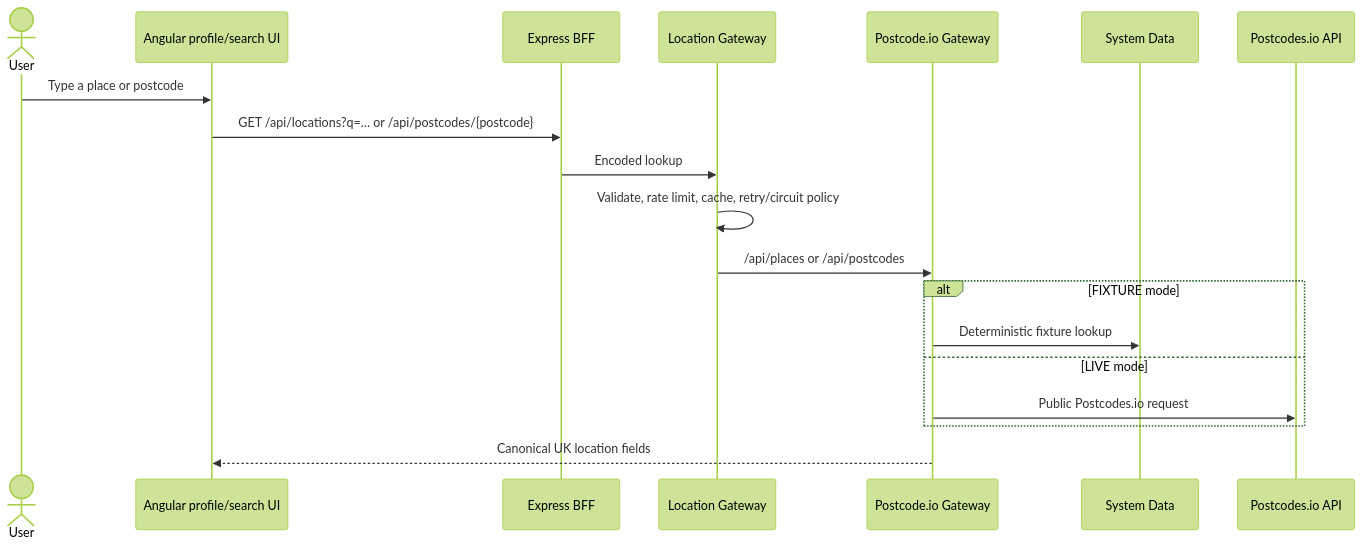
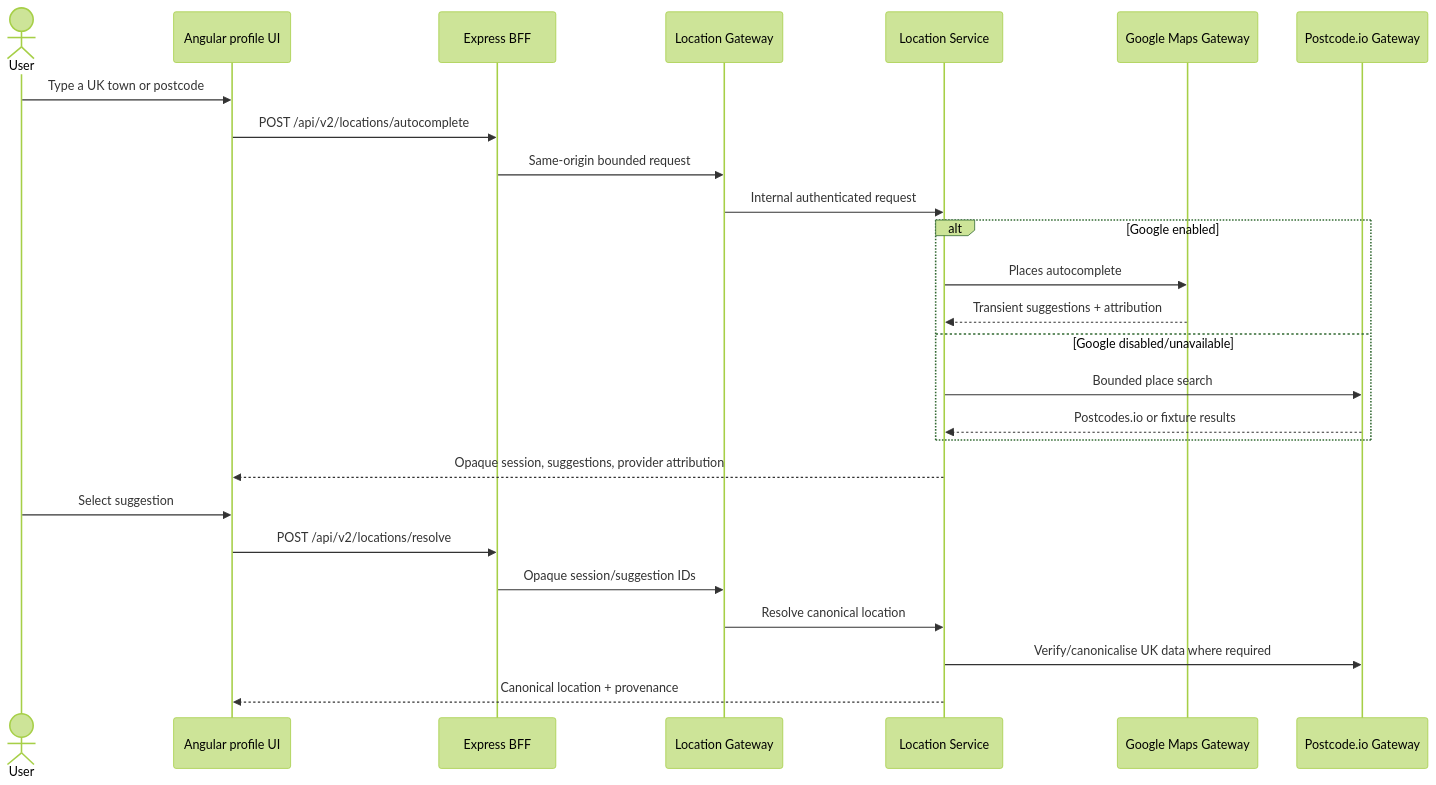
Before and after one commit to jobseekercopilot/infrastructure: the first of 2 diagrams in docs-site/docs/journeys/location.md, drawn with Mermaid (forest theme). The commit also changed other lines of this file and 34 other files, not shown here.

````diff
--- a/docs-site/docs/journeys/location.md
+++ b/docs-site/docs/journeys/location.md
@@ -5,22 +5,29 @@
 ```mermaid
 sequenceDiagram
   actor User
-  participant UI as Angular profile/search UI
+  participant UI as Angular profile UI
   participant BFF as Express BFF
-  participant Location as Location Gateway
+  participant Gateway as Location Gateway
+  participant Location as Location Service
+  participant Google as Google Maps Gateway
   participant Postcode as Postcode.io Gateway
-  participant System as System Data
-  participant External as Postcodes.io API
 
-  User->>UI: Type a place or postcode
-  UI->>BFF: GET /api/locations?q=… or /api/postcodes/{postcode}
-  BFF->>Location: Encoded lookup
-  Location->>Location: Validate, rate limit, cache, retry/circuit policy
-  Location->>Postcode: /api/places or /api/postcodes
-  alt FIXTURE mode
-    Postcode->>System: Deterministic fixture lookup
-  else LIVE mode
-    Postcode->>External: Public Postcodes.io request
+  User->>UI: Type a UK town or postcode
+  UI->>BFF: POST /api/v2/locations/autocomplete
+  BFF->>Gateway: Same-origin bounded request
+  Gateway->>Location: Internal authenticated request
+  alt Google enabled
+    Location->>Google: Places autocomplete
+    Google-->>Location: Transient suggestions + attribution
+  else Google disabled/unavailable
+    Location->>Postcode: Bounded place search
+    Postcode-->>Location: Postcodes.io or fixture results
   end
-  Postcode-->>UI: Canonical UK location fields
+  Location-->>UI: Opaque session, suggestions, provider attribution
+  User->>UI: Select suggestion
+  UI->>BFF: POST /api/v2/locations/resolve
+  BFF->>Gateway: Opaque session/suggestion IDs
+  Gateway->>Location: Resolve canonical location
+  Location->>Postcode: Verify/canonicalise UK data where required
+  Location-->>UI: Canonical location + provenance
 ```
````
